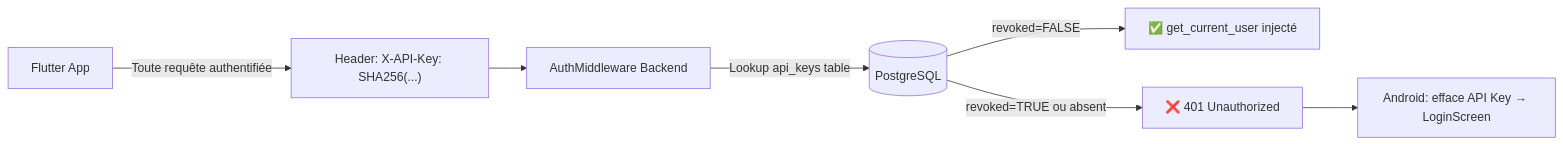
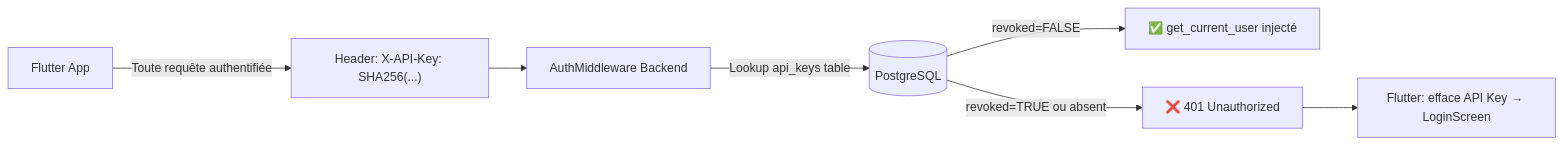
The second of 12 diagrams in docs/FLOWS_00_ARCHITECTURE.md (gaelgael5/mycoach), drawn with Mermaid before and after one commit. The commit also changed other lines of this file and 2 other files, not shown here.

````diff
--- a/docs/FLOWS_00_ARCHITECTURE.md
+++ b/docs/FLOWS_00_ARCHITECTURE.md
@@ -61,9 +61,9 @@
 ```mermaid
 flowchart LR
     A[Flutter App] -->|Toute requête authentifiée| H["Header: X-API-Key: SHA256(...)"]
     H --> MW[AuthMiddleware Backend]
     MW -->|Lookup api_keys table| DB[(PostgreSQL)]
     DB -->|revoked=FALSE| OK[✅ get_current_user injecté]
     DB -->|revoked=TRUE ou absent| ERR[❌ 401 Unauthorized]
-    ERR --> APP[Android: efface API Key → LoginScreen]
+    ERR --> APP[Flutter: efface API Key → LoginScreen]
 ```
````
